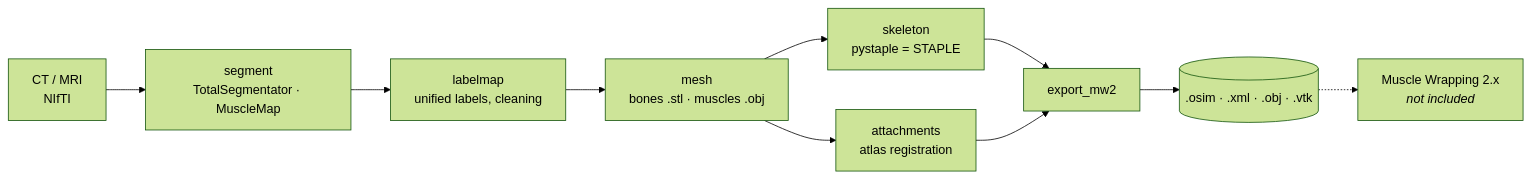
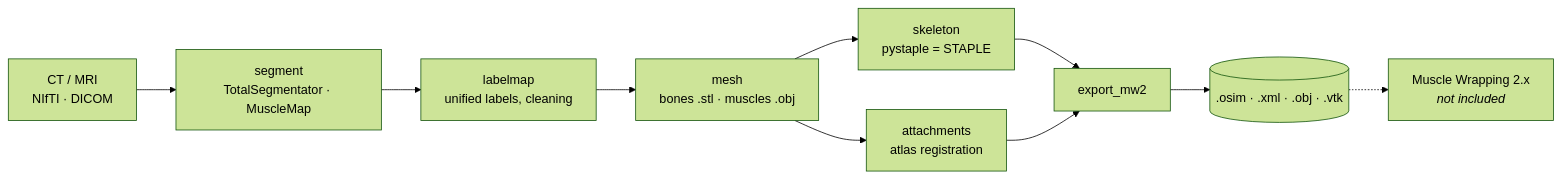
One commit to PatrikMrnka/msk-pipe-kiv changed the diagram in README.md. Above: the diagram before and after it, drawn with Mermaid (forest theme). The commit also changed other lines of this file and 20 other files, not shown here.

Commit message:
feat: DICOM input via dcm2niix (GUI NIfTI/DICOM switch, series choice, input checks, mskpipe dicom)

````diff
--- a/README.md
+++ b/README.md
@@ -20,12 +20,12 @@
 ```mermaid
 flowchart LR
-    A[CT / MRI<br/>NIfTI] --> B[segment<br/>TotalSegmentator · MuscleMap]
+    A[CT / MRI<br/>NIfTI · DICOM] --> B[segment<br/>TotalSegmentator · MuscleMap]
     B --> C[labelmap<br/>unified labels, cleaning]
     C --> D[mesh<br/>bones .stl · muscles .obj]
     D --> E[skeleton<br/>pystaple = STAPLE]
     D --> F[attachments<br/>atlas registration]
     E --> G[export_mw2]
     F --> G
     G --> H[(.osim · .xml · .obj · .vtk)]
     H -.-> I[Muscle Wrapping 2.x<br/><i>not included</i>]
 ```
````
